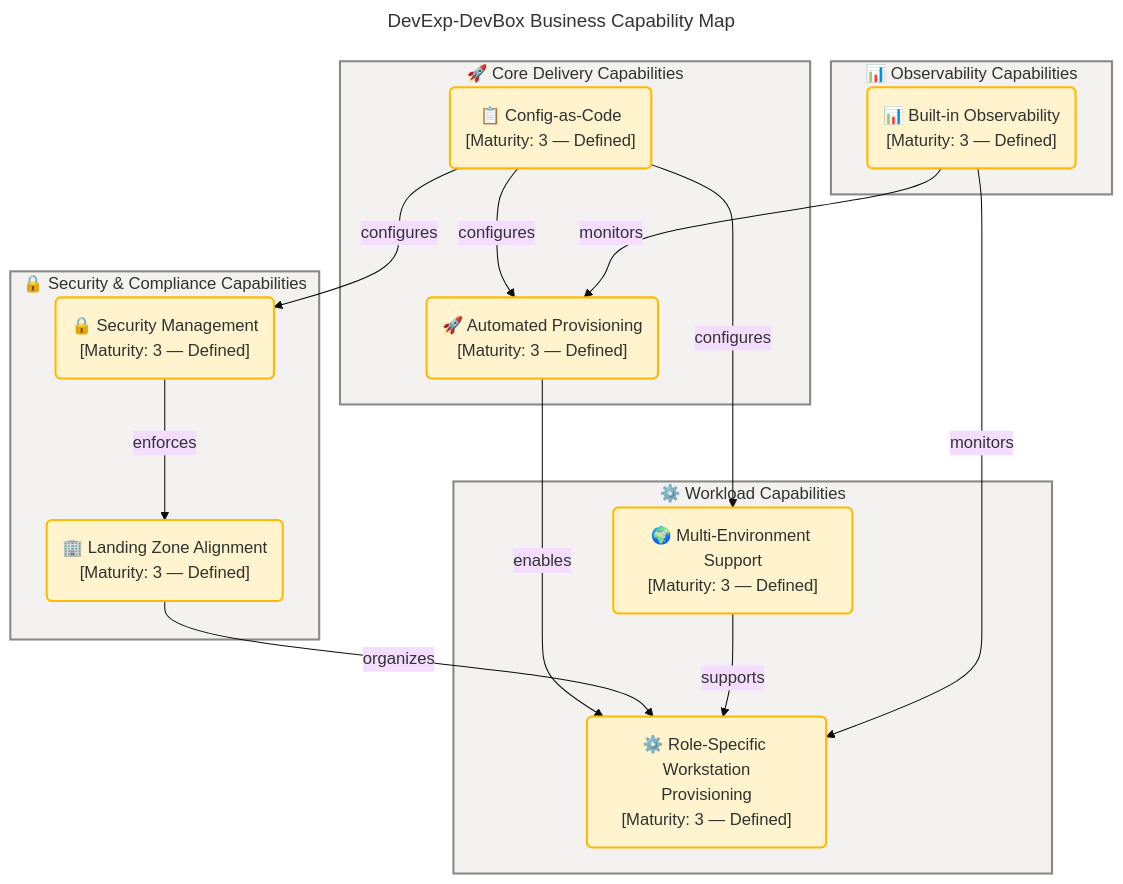
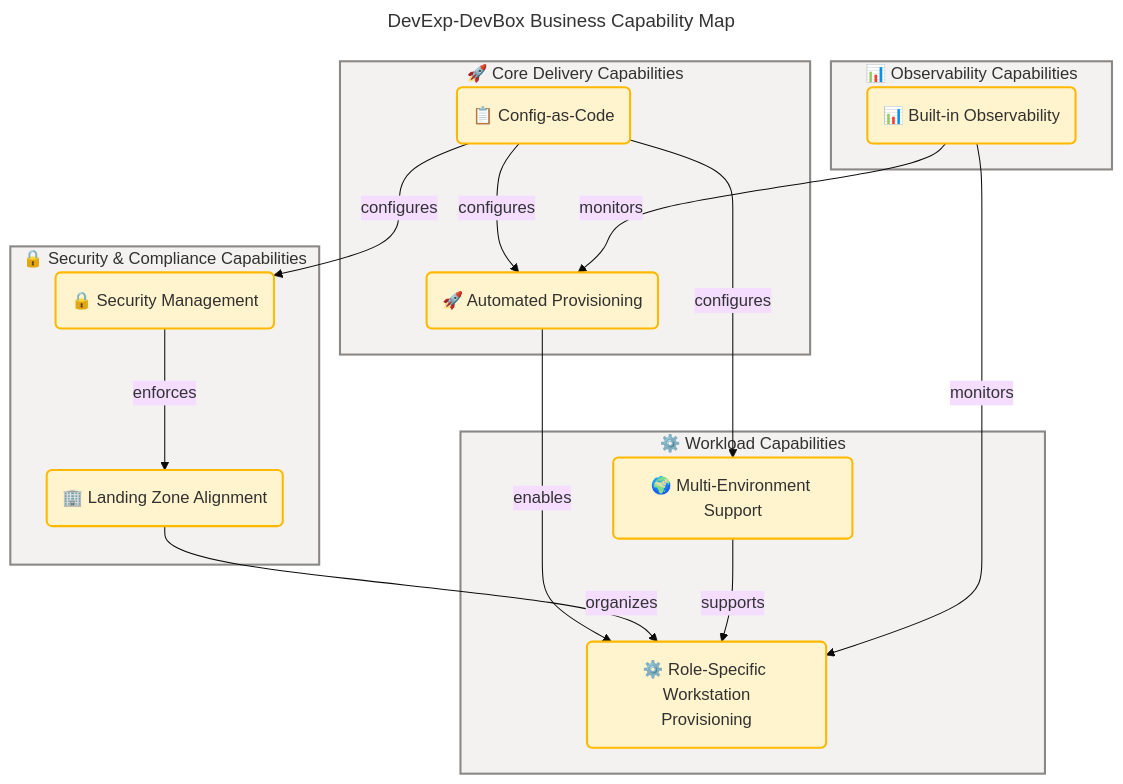
Before and after one commit to Evilazaro/DevExp-DevBox: the first of 7 diagrams in docs/architecture/business-architecture.md, drawn with Mermaid. The commit also changed other lines of this file, not shown here.

Commit message:
fix: improve business architecture documentation formatting for clarity and consistency

````diff
--- a/docs/architecture/business-architecture.md
+++ b/docs/architecture/business-architecture.md
@@ -174,69 +183,69 @@
 ```mermaid
 ---
 title: "DevExp-DevBox Business Capability Map"
 config:
   theme: base
   look: classic
   layout: dagre
   themeVariables:
     fontSize: '16px'
   flowchart:
     htmlLabels: true
 ---
 flowchart TB
     accTitle: DevExp-DevBox Business Capability Map
     accDescr: Shows all seven business capabilities organized by domain with maturity levels and dependencies. All capabilities are at Level 3 Defined maturity.
 
     %% ═══════════════════════════════════════════════════════════════════════════
     %% AZURE / FLUENT ARCHITECTURE PATTERN v1.1
     %% (Semantic + Structural + Font + Accessibility Governance)
     %% ═══════════════════════════════════════════════════════════════════════════
     %% PHASE 1 - FLUENT UI: All styling uses approved Fluent UI palette only
     %% PHASE 2 - GROUPS: Every subgraph has semantic color via style directive
     %% PHASE 3 - COMPONENTS: Every node has semantic classDef + icon prefix
     %% PHASE 4 - ACCESSIBILITY: accTitle/accDescr present, WCAG AA contrast
     %% PHASE 5 - STANDARD: Governance block present, classDefs centralized
     %% ═══════════════════════════════════════════════════════════════════════════
 
     subgraph coreDelivery["🚀 Core Delivery Capabilities"]
-        AP("🚀 Automated Provisioning<br>[Maturity: 3 — Defined]"):::warning
-        CAC("📋 Config-as-Code<br>[Maturity: 3 — Defined]"):::warning
+        AP("🚀 Automated Provisioning"):::warning
+        CAC("📋 Config-as-Code"):::warning
     end
 
     subgraph security["🔒 Security & Compliance Capabilities"]
-        SM("🔒 Security Management<br>[Maturity: 3 — Defined]"):::warning
-        LZA("🏢 Landing Zone Alignment<br>[Maturity: 3 — Defined]"):::warning
+        SM("🔒 Security Management"):::warning
+        LZA("🏢 Landing Zone Alignment"):::warning
     end
 
     subgraph workload["⚙️ Workload Capabilities"]
-        RSWP("⚙️ Role-Specific Workstation<br>Provisioning<br>[Maturity: 3 — Defined]"):::warning
-        MES("🌍 Multi-Environment Support<br>[Maturity: 3 — Defined]"):::warning
+        RSWP("⚙️ Role-Specific Workstation<br>Provisioning"):::warning
+        MES("🌍 Multi-Environment Support"):::warning
     end
 
     subgraph observability["📊 Observability Capabilities"]
-        BO("📊 Built-in Observability<br>[Maturity: 3 — Defined]"):::warning
+        BO("📊 Built-in Observability"):::warning
     end
 
     AP -->|"enables"| RSWP
     CAC -->|"configures"| AP
     CAC -->|"configures"| SM
     CAC -->|"configures"| MES
     SM -->|"enforces"| LZA
     LZA -->|"organizes"| RSWP
     MES -->|"supports"| RSWP
     BO -->|"monitors"| AP
     BO -->|"monitors"| RSWP
 
     style coreDelivery fill:#F3F2F1,stroke:#8A8886,stroke-width:2px,color:#323130
     style security fill:#F3F2F1,stroke:#8A8886,stroke-width:2px,color:#323130
     style workload fill:#F3F2F1,stroke:#8A8886,stroke-width:2px,color:#323130
     style observability fill:#F3F2F1,stroke:#8A8886,stroke-width:2px,color:#323130
 
     classDef neutral fill:#FAFAFA,stroke:#8A8886,stroke-width:2px,color:#323130
     classDef core fill:#EFF6FC,stroke:#0078D4,stroke-width:2px,color:#323130
     classDef success fill:#DFF6DD,stroke:#107C10,stroke-width:2px,color:#323130
     classDef warning fill:#FFF4CE,stroke:#FFB900,stroke-width:2px,color:#323130
     classDef danger fill:#FDE7E9,stroke:#D13438,stroke-width:2px,color:#323130
     classDef data fill:#F0E6FA,stroke:#8764B8,stroke-width:2px,color:#323130
     classDef external fill:#E0F7F7,stroke:#038387,stroke-width:2px,color:#323130
 ```
````
